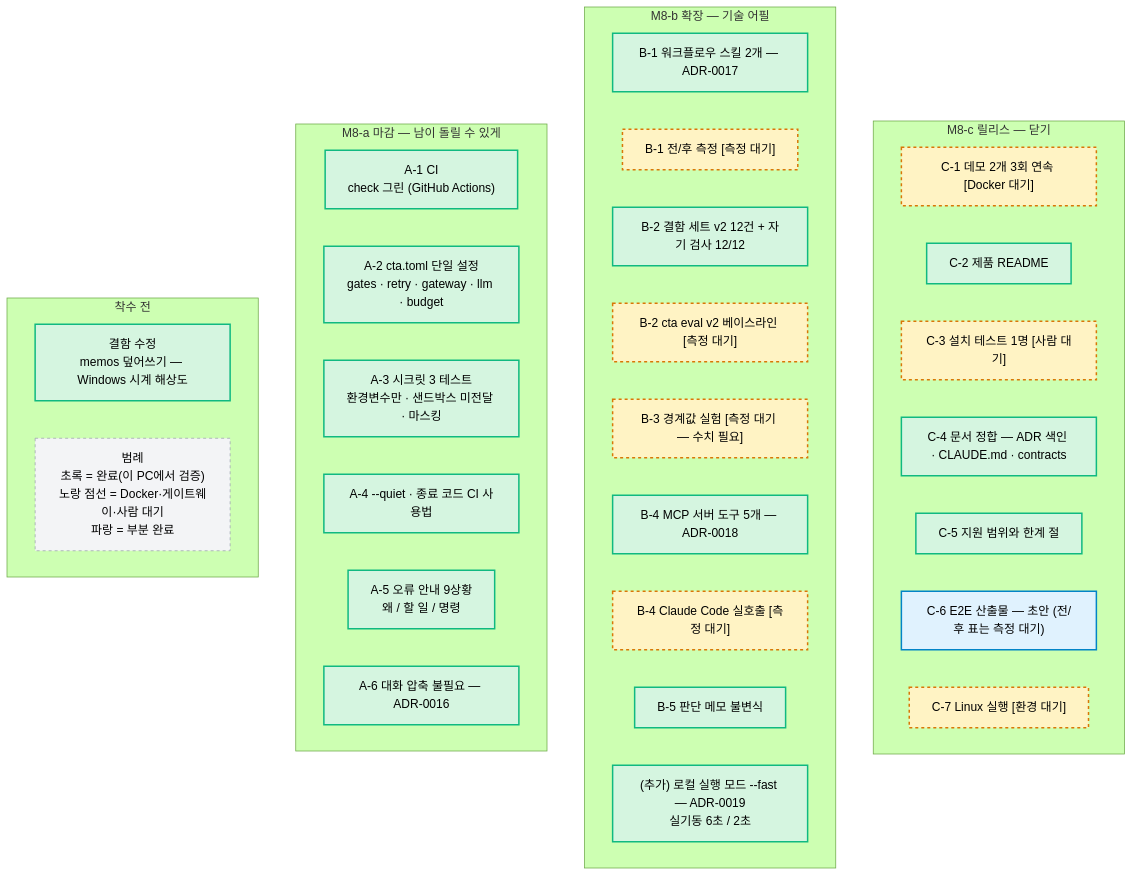
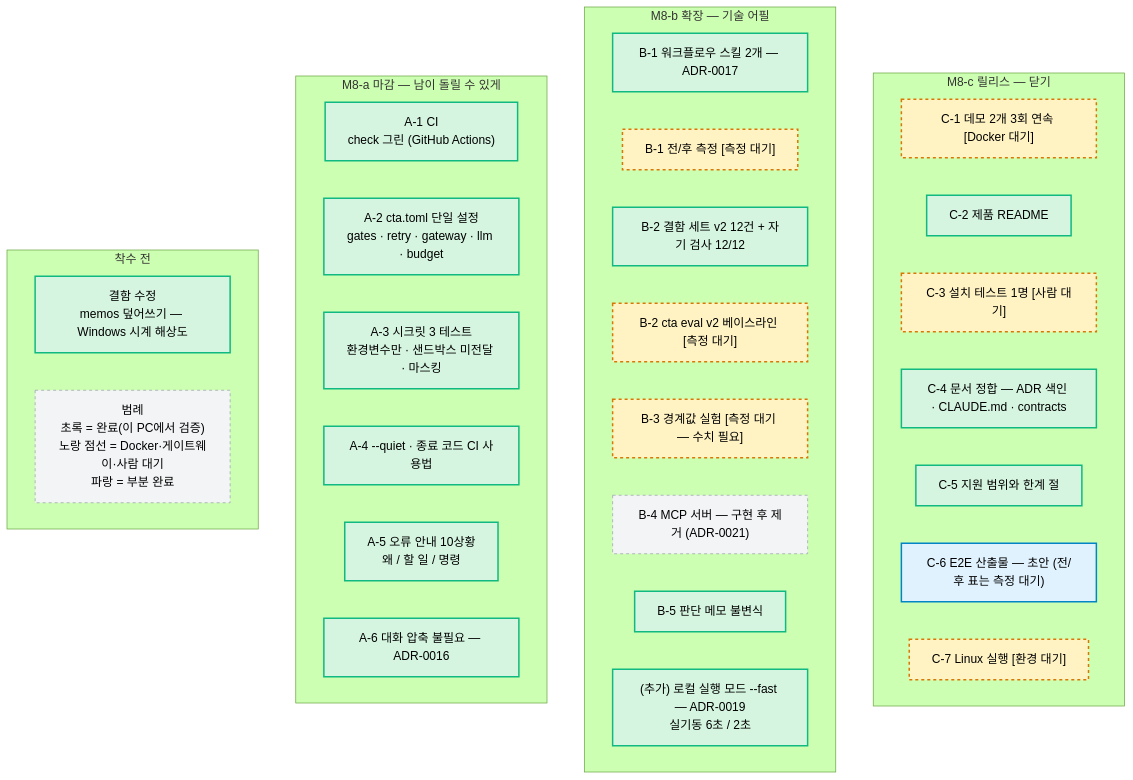
The diagram in docs/제출자료/diagrams/e2e-status.mmd (parksanghyeop/skax-master-project), drawn with Mermaid (forest theme) before and after one commit. The commit also changed 27 other files, not shown here.

First line of the commit message:
MCP 서버 제거 (2/2) — 설정·문서·다이어그램 반영 (ADR-0021)

```diff
--- a/docs/제출자료/diagrams/e2e-status.mmd
+++ b/docs/제출자료/diagrams/e2e-status.mmd
@@ -1,49 +1,48 @@
 flowchart TB
     subgraph C["M8-c 릴리스 — 닫기"]
         direction LR
         C1["C-1 데모 2개 3회 연속 [Docker 대기]"]
         C2["C-2 제품 README"]
         C3["C-3 설치 테스트 1명 [사람 대기]"]
         C4["C-4 문서 정합 — ADR 색인 · CLAUDE.md · contracts"]
         C5["C-5 지원 범위와 한계 절"]
         C6["C-6 E2E 산출물 — 초안 (전/후 표는 측정 대기)"]
         C7["C-7 Linux 실행 [환경 대기]"]
     end
 
     subgraph B["M8-b 확장 — 기술 어필"]
         direction LR
         B1["B-1 워크플로우 스킬 2개 — ADR-0017"]
         B1m["B-1 전/후 측정 [측정 대기]"]
         B2["B-2 결함 세트 v2 12건 + 자기 검사 12/12"]
         B2m["B-2 cta eval v2 베이스라인 [측정 대기]"]
         B3["B-3 경계값 실험 [측정 대기 — 수치 필요]"]
-        B4["B-4 MCP 서버 도구 5개 — ADR-0018"]
-        B4m["B-4 Claude Code 실호출 [측정 대기]"]
+        B4["B-4 MCP 서버 — 구현 후 제거 (ADR-0021)"]
         B5["B-5 판단 메모 불변식"]
         BX["(추가) 로컬 실행 모드 --fast — ADR-0019<br/>실기동 6초 / 2초"]
     end
 
     subgraph A["M8-a 마감 — 남이 돌릴 수 있게"]
         direction LR
         A1["A-1 CI<br/>check 그린 (GitHub Actions)"]
         A2["A-2 cta.toml 단일 설정<br/>gates · retry · gateway · llm · budget"]
         A3["A-3 시크릿 3 테스트<br/>환경변수만 · 샌드박스 미전달 · 마스킹"]
         A4["A-4 --quiet · 종료 코드 CI 사용법"]
-        A5["A-5 오류 안내 9상황<br/>왜 / 할 일 / 명령"]
+        A5["A-5 오류 안내 10상황<br/>왜 / 할 일 / 명령"]
         A6["A-6 대화 압축 불필요 — ADR-0016"]
     end
 
     subgraph Z["착수 전"]
         direction LR
         FIX0["결함 수정<br/>memos 덮어쓰기 — Windows 시계 해상도"]
         LEGEND["범례<br/>초록 = 완료(이 PC에서 검증)<br/>노랑 점선 = Docker·게이트웨이·사람 대기<br/>파랑 = 부분 완료"]
     end
 
     classDef done fill:#d5f5e0,stroke:#10b981,stroke-width:2px
     classDef wait fill:#fff3c4,stroke:#d97706,stroke-width:2px,stroke-dasharray: 4 4
     classDef partial fill:#e0f2fe,stroke:#0284c7,stroke-width:2px
     classDef dim fill:#f3f4f6,stroke:#9ca3af,stroke-dasharray: 4 4
-    class FIX0,A1,A2,A3,A4,A5,A6,B1,B2,B4,B5,BX,C2,C4,C5 done
-    class B1m,B2m,B3,B4m,C1,C3,C7 wait
+    class FIX0,A1,A2,A3,A4,A5,A6,B1,B2,B5,BX,C2,C4,C5 done
+    class B1m,B2m,B3,C1,C3,C7 wait
     class C6 partial
-    class LEGEND dim
+    class LEGEND,B4 dim
```
